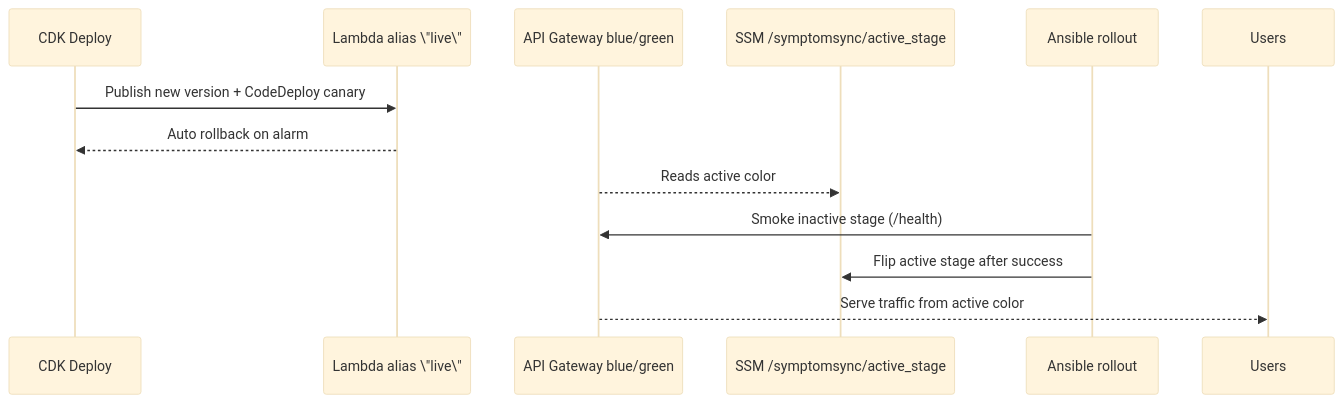
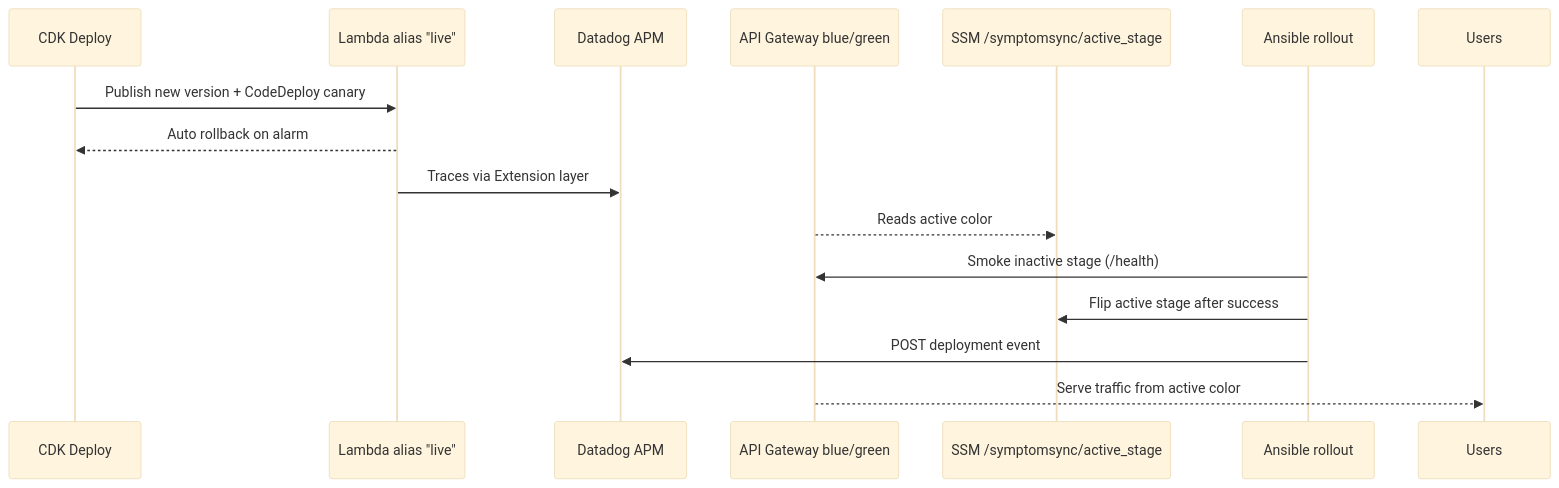
The second of 3 diagrams in DEPLOYMENTS.md (hoangsonww/SymptomSync-Health-App), drawn with Mermaid (base theme) before and after one commit. The commit also changed other lines of this file and 23 other files, not shown here.

````diff
--- a/DEPLOYMENTS.md
+++ b/DEPLOYMENTS.md
@@ -48,14 +49,17 @@
 ```mermaid
 sequenceDiagram
   participant CDK as CDK Deploy
-  participant Alias as Lambda alias \"live\"
+  participant Alias as Lambda alias "live"
+  participant DD as Datadog APM
   participant API as API Gateway blue/green
   participant SSM as SSM /symptomsync/active_stage
   participant Ansible as Ansible rollout
   CDK->>Alias: Publish new version + CodeDeploy canary
   Alias-->>CDK: Auto rollback on alarm
+  Alias->>DD: Traces via Extension layer
   API-->>SSM: Reads active color
   Ansible->>API: Smoke inactive stage (/health)
   Ansible->>SSM: Flip active stage after success
+  Ansible->>DD: POST deployment event
   API-->>Users: Serve traffic from active color
 ```
````
